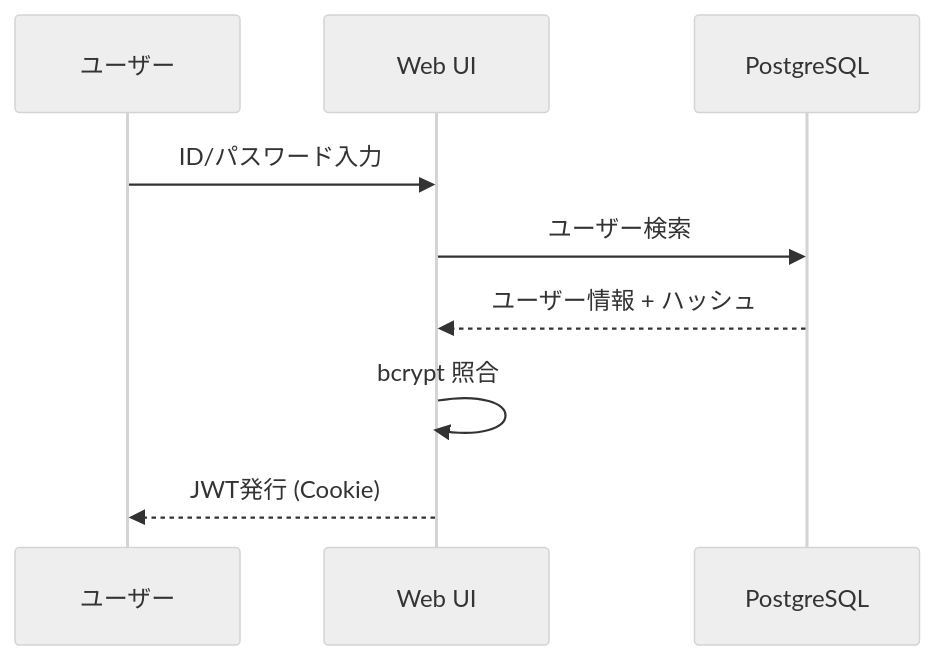
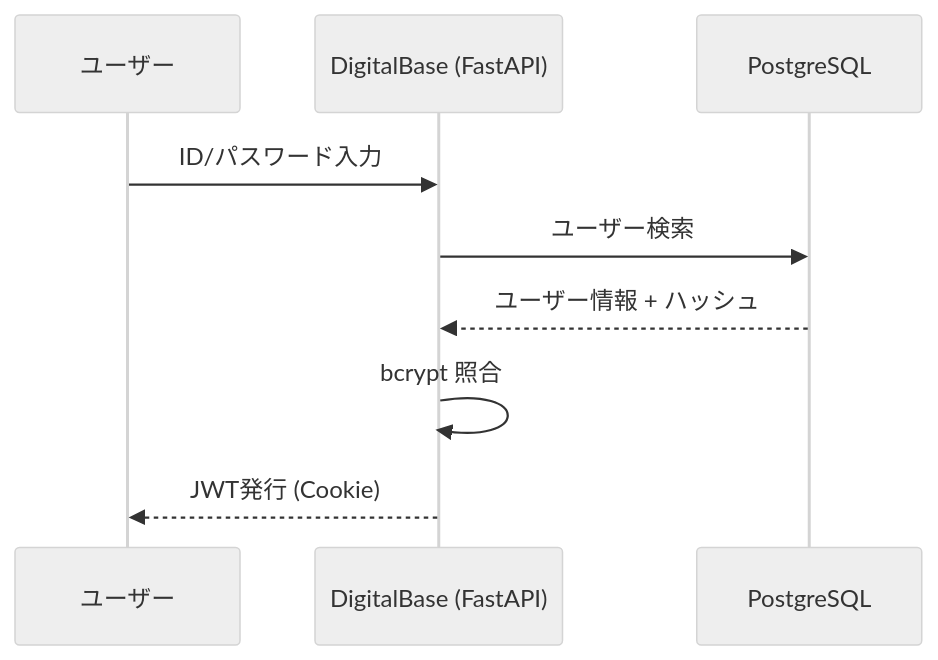
Before and after one commit to lmlight-app/dist_vite: the second of 5 diagrams in docs/technical/SYSTEM_ARCHITECTURE.md, drawn with Mermaid (neutral theme). The commit also changed other lines of this file and 58 other files, not shown here.

First line of the commit message:
Rebrand LM Light to DigitalBase and update docs

````diff
--- a/docs/technical/SYSTEM_ARCHITECTURE.md
+++ b/docs/technical/SYSTEM_ARCHITECTURE.md
@@ -108,12 +113,12 @@
 ```mermaid
 sequenceDiagram
     participant U as ユーザー
-    participant W as Web UI
+    participant App as DigitalBase (FastAPI)
     participant DB as PostgreSQL
 
-    U->>W: ID/パスワード入力
-    W->>DB: ユーザー検索
-    DB-->>W: ユーザー情報 + ハッシュ
-    W->>W: bcrypt 照合
-    W-->>U: JWT発行 (Cookie)
+    U->>App: ID/パスワード入力
+    App->>DB: ユーザー検索
+    DB-->>App: ユーザー情報 + ハッシュ
+    App->>App: bcrypt 照合
+    App-->>U: JWT発行 (Cookie)
 ```
````
